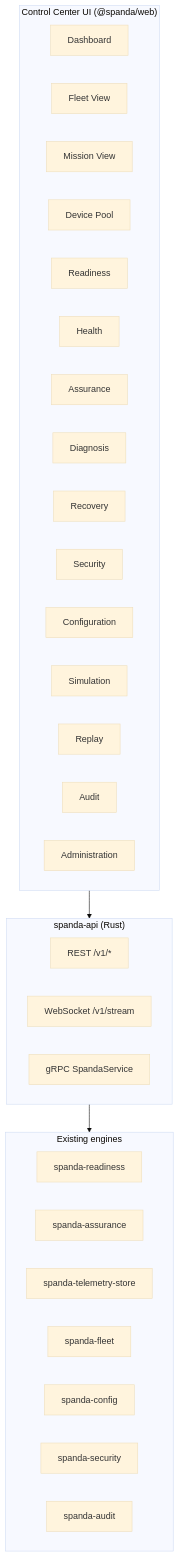
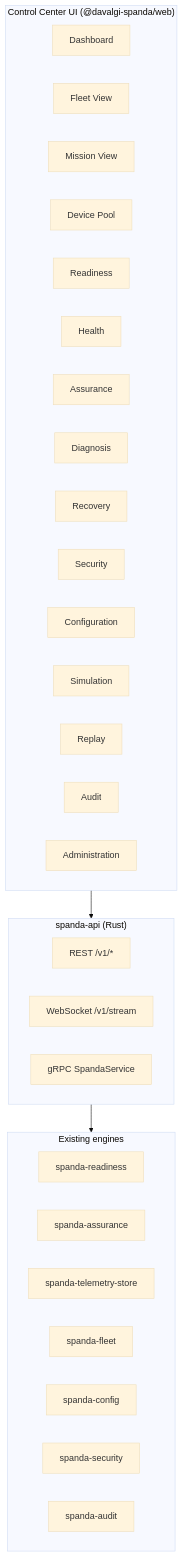
The first of 2 diagrams in docs/enterprise-operations-roadmap.md (sujaydavalgi/RoboLang), drawn with Mermaid (base theme) before and after one commit. The commit also changed other lines of this file and 22 other files, not shown here.

First line of the commit message:
feat(web): publish Control Center panel as @davalgi-spanda/web

````diff
--- a/docs/enterprise-operations-roadmap.md
+++ b/docs/enterprise-operations-roadmap.md
@@ -174,39 +174,39 @@
 ```mermaid
 flowchart TB
-  subgraph ui ["Control Center UI (@spanda/web)"]
+  subgraph ui ["Control Center UI (@davalgi-spanda/web)"]
     DASH["Dashboard"]
     FLEET["Fleet View"]
     MISSION["Mission View"]
     POOL["Device Pool"]
     RDY["Readiness"]
     HLTH["Health"]
     ASR["Assurance"]
     DIAG["Diagnosis"]
     REC["Recovery"]
     SEC["Security"]
     CFG["Configuration"]
     SIM["Simulation"]
     RPL["Replay"]
     AUD["Audit"]
     ADM["Administration"]
   end
 
   subgraph api ["spanda-api (Rust)"]
     REST["REST /v1/*"]
     WS["WebSocket /v1/stream"]
     GRPC["gRPC SpandaService"]
   end
 
   subgraph engines ["Existing engines"]
     RDY_E["spanda-readiness"]
     ASR_E["spanda-assurance"]
     TEL["spanda-telemetry-store"]
     FLT["spanda-fleet"]
     CFG_E["spanda-config"]
     SEC_E["spanda-security"]
     AUD_E["spanda-audit"]
   end
 
   ui --> api
   api --> engines
 ```
````
